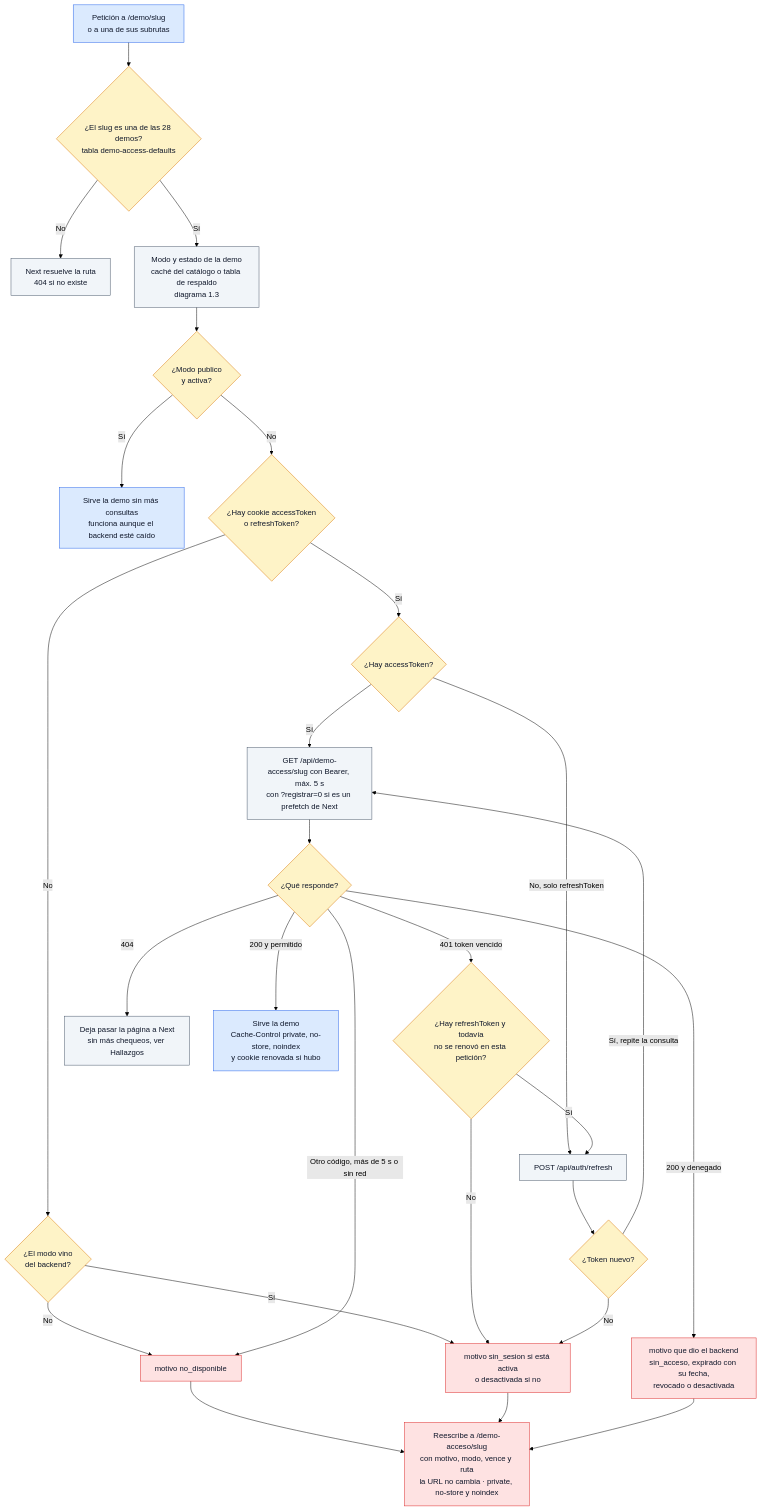
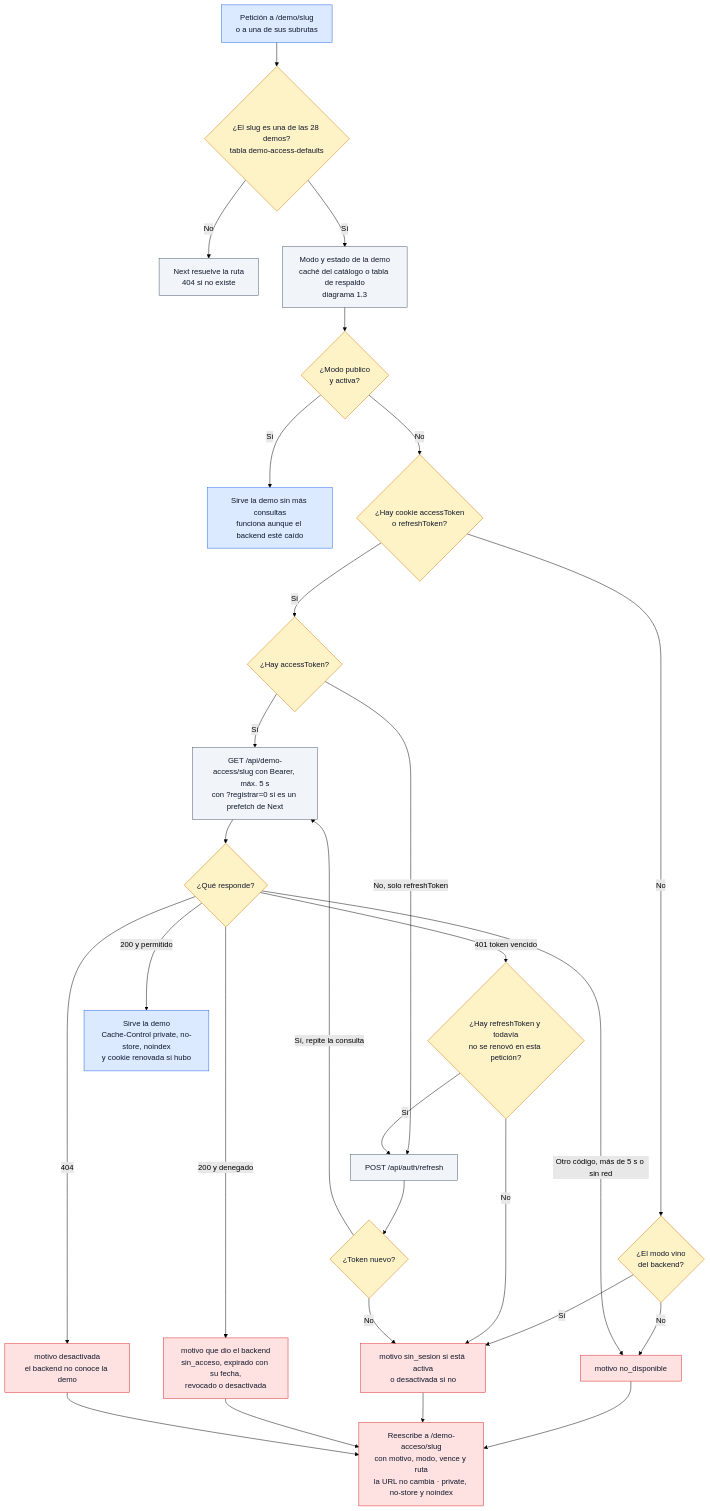
Before and after one commit to ronalc90/koptup: the second of 23 diagrams in docs/wiki/Doc-14-3-Flujos-Tecnicos.md, drawn with Mermaid (forest theme). The commit also changed other lines of this file and 116 other files, not shown here.

````diff
--- a/docs/wiki/Doc-14-3-Flujos-Tecnicos.md
+++ b/docs/wiki/Doc-14-3-Flujos-Tecnicos.md
@@ -118,55 +118,56 @@
 ```mermaid
 flowchart TD
     classDef visitante fill:#dbeafe,stroke:#2563eb,color:#0f172a
     classDef sistema fill:#f1f5f9,stroke:#475569,color:#0f172a
     classDef admin fill:#f3e8ff,stroke:#9333ea,color:#0f172a
     classDef aviso fill:#dcfce7,stroke:#16a34a,color:#0f172a
     classDef decision fill:#fef3c7,stroke:#d97706,color:#0f172a
     classDef error fill:#fee2e2,stroke:#dc2626,color:#0f172a
     classDef externo fill:#fdf4ff,stroke:#c026d3,color:#0f172a
 
     A["Petición a /demo/slug<br/>o a una de sus subrutas"]:::visitante
     Q0{"¿El slug es una de las 28 demos?<br/>tabla demo-access-defaults"}:::decision
     NX["Next resuelve la ruta<br/>404 si no existe"]:::sistema
     CAT["Modo y estado de la demo<br/>caché del catálogo o tabla de respaldo<br/>diagrama 1.3"]:::sistema
     Q1{"¿Modo publico<br/>y activa?"}:::decision
     P1["Sirve la demo sin más consultas<br/>funciona aunque el backend esté caído"]:::visitante
     Q2{"¿Hay cookie accessToken<br/>o refreshToken?"}:::decision
     Q3{"¿El modo vino<br/>del backend?"}:::decision
     M1["motivo no_disponible"]:::error
     M2["motivo sin_sesion si está activa<br/>o desactivada si no"]:::error
     Q4{"¿Hay accessToken?"}:::decision
     ASK["GET /api/demo-access/slug con Bearer, máx. 5 s<br/>con ?registrar=0 si es un prefetch de Next"]:::sistema
     Q5{"¿Qué responde?"}:::decision
     Q6{"¿Hay refreshToken y todavía<br/>no se renovó en esta petición?"}:::decision
     RF["POST /api/auth/refresh"]:::sistema
     Q7{"¿Token nuevo?"}:::decision
     M3["motivo que dio el backend<br/>sin_acceso, expirado con su fecha,<br/>revocado o desactivada"]:::error
-    NX2["Deja pasar la página a Next<br/>sin más chequeos, ver Hallazgos"]:::sistema
+    M4["motivo desactivada<br/>el backend no conoce la demo"]:::error
     REW["Reescribe a /demo-acceso/slug<br/>con motivo, modo, vence y ruta<br/>la URL no cambia · private, no-store y noindex"]:::error
     P2["Sirve la demo<br/>Cache-Control private, no-store, noindex<br/>y cookie renovada si hubo"]:::visitante
 
     A --> Q0
     Q0 -->|No| NX
     Q0 -->|Sí| CAT --> Q1
     Q1 -->|Sí| P1
     Q1 -->|No| Q2
     Q2 -->|No| Q3
     Q3 -->|No| M1
     Q3 -->|Sí| M2
     Q2 -->|Sí| Q4
     Q4 -->|Sí| ASK --> Q5
     Q4 -->|No, solo refreshToken| RF
     Q5 -->|200 y permitido| P2
     Q5 -->|200 y denegado| M3
     Q5 -->|401 token vencido| Q6
-    Q5 -->|404| NX2
+    Q5 -->|404| M4
     Q5 -->|"Otro código, más de 5 s o sin red"| M1
     Q6 -->|Sí| RF --> Q7
     Q6 -->|No| M2
     Q7 -->|Sí, repite la consulta| ASK
     Q7 -->|No| M2
     M1 --> REW
     M2 --> REW
     M3 --> REW
+    M4 --> REW
 ```
````
